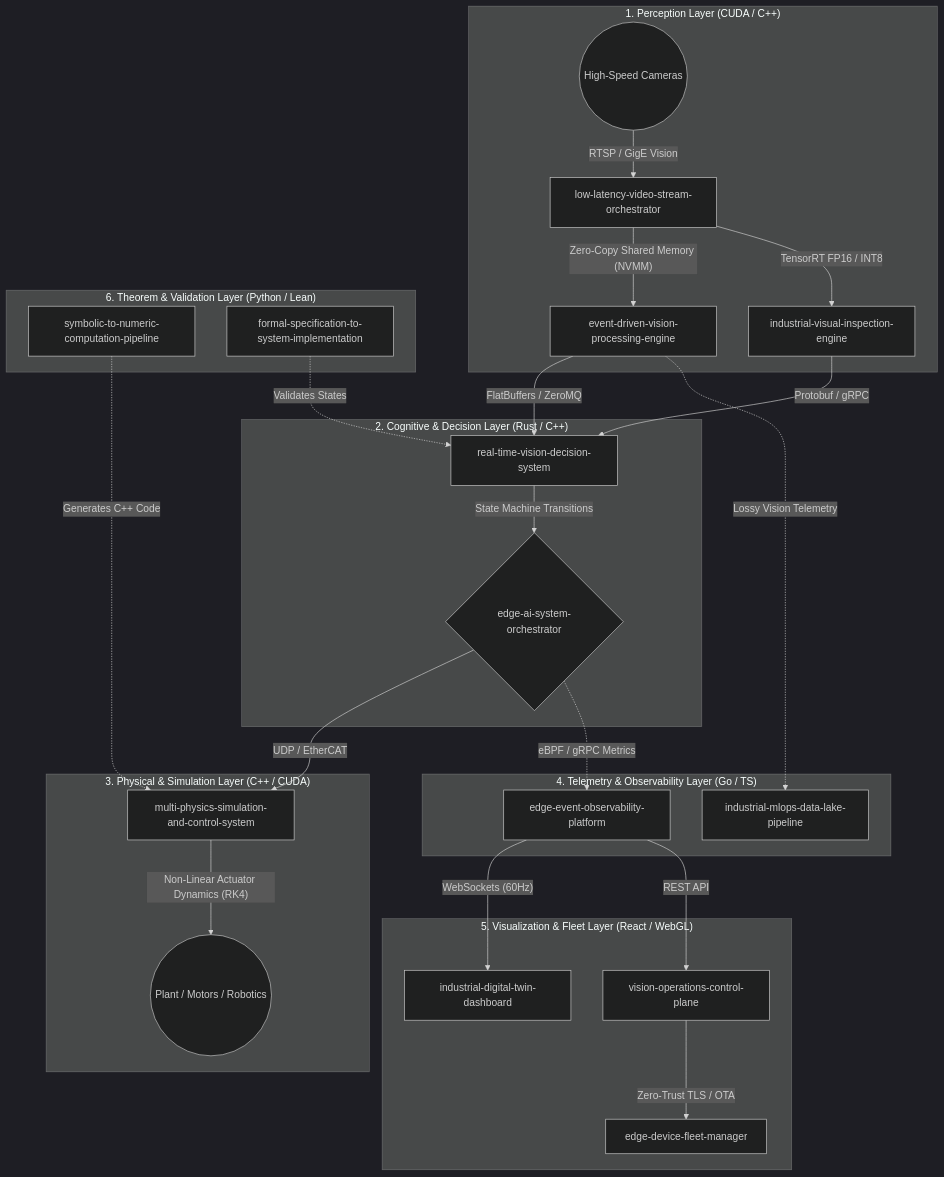
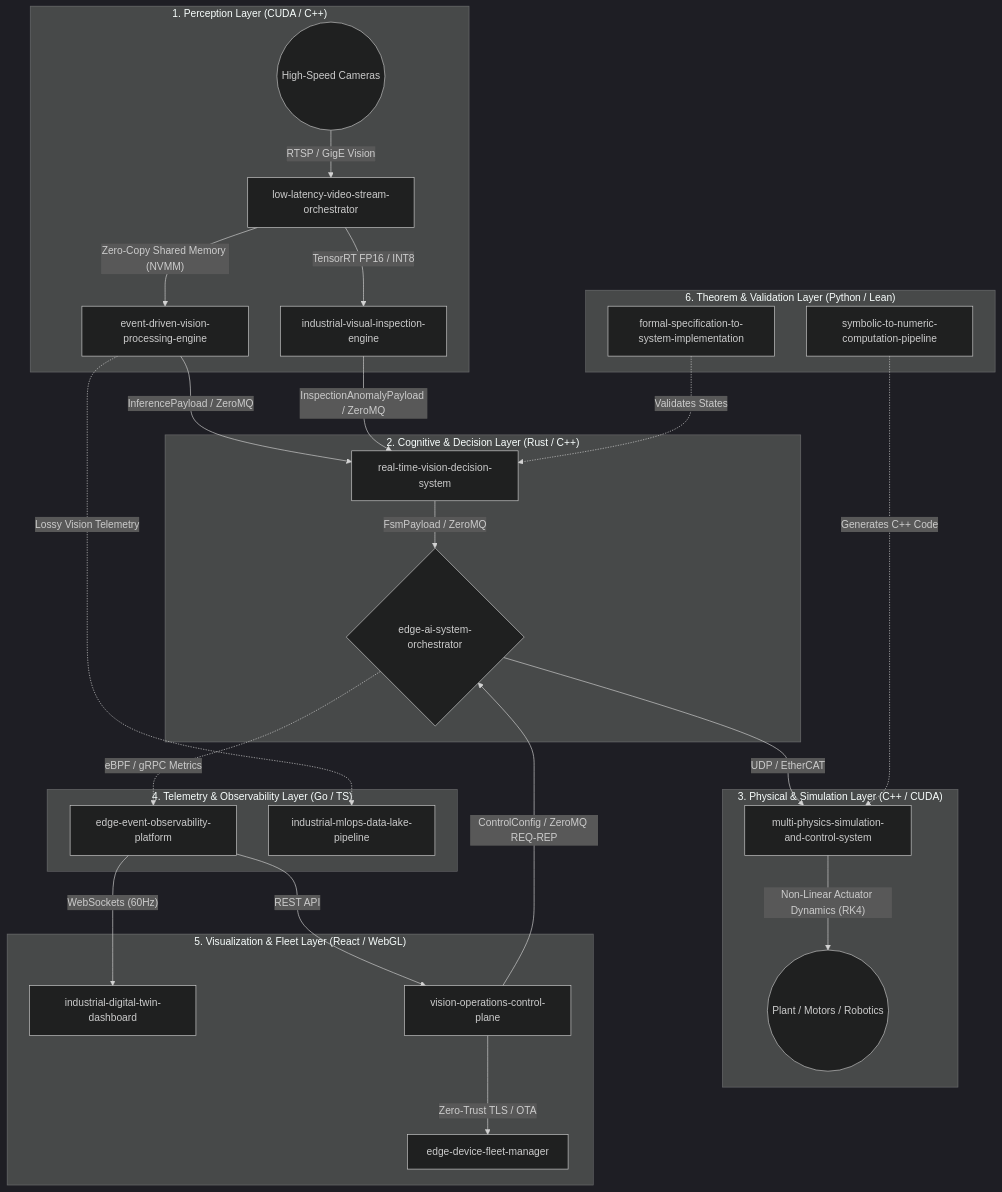
One commit to Industrial-Edge-Labs/docs-Industrial-Edge-Labs changed the diagram in ARCHITECTURE.md. Above: the diagram before and after it, drawn with Mermaid (dark theme). The commit also changed other lines of this file and 3 other files, not shown here.

````diff
--- a/ARCHITECTURE.md
+++ b/ARCHITECTURE.md
@@ -9,35 +9,36 @@
 ```mermaid
 flowchart TD
     subgraph SENSE ["1. Perception Layer (CUDA / C++)"]
         CAM((High-Speed Cameras)) -- "RTSP / GigE Vision" --> LVO[low-latency-video-stream-orchestrator]
         LVO -- "Zero-Copy Shared Memory (NVMM)" --> VPE[event-driven-vision-processing-engine]
         LVO -- "TensorRT FP16 / INT8" --> VIE[industrial-visual-inspection-engine]
     end
 
     subgraph INFER ["2. Cognitive & Decision Layer (Rust / C++)"]
-        VPE -- "FlatBuffers / ZeroMQ" --> RTD[real-time-vision-decision-system]
-        VIE -- "Protobuf / gRPC" --> RTD
-        RTD -- "State Machine Transitions" --> ORCH{edge-ai-system-orchestrator}
+        VPE -- "InferencePayload / ZeroMQ" --> RTD[real-time-vision-decision-system]
+        VIE -- "InspectionAnomalyPayload / ZeroMQ" --> RTD
+        RTD -- "FsmPayload / ZeroMQ" --> ORCH{edge-ai-system-orchestrator}
     end
 
     subgraph ACT_SIM ["3. Physical & Simulation Layer (C++ / CUDA)"]
         ORCH -- "UDP / EtherCAT" --> HIL[multi-physics-simulation-and-control-system]
         HIL -- "Non-Linear Actuator Dynamics (RK4)" --> PhysicalPlant((Plant / Motors / Robotics))
     end
 
     subgraph OBSERVE ["4. Telemetry & Observability Layer (Go / TS)"]
         ORCH -. "eBPF / gRPC Metrics" .-> EOP[edge-event-observability-platform]
         VPE -. "Lossy Vision Telemetry" .-> MLOPS[industrial-mlops-data-lake-pipeline]
     end
 
     subgraph CONTROL_PLANE ["5. Visualization & Fleet Layer (React / WebGL)"]
         EOP -- "WebSockets (60Hz)" --> TWIN[industrial-digital-twin-dashboard]
         EOP -- "REST API" --> VOCP[vision-operations-control-plane]
+        VOCP -- "ControlConfig / ZeroMQ REQ-REP" --> ORCH
         VOCP -- "Zero-Trust TLS / OTA" --> FLEET[edge-device-fleet-manager]
     end
     
     subgraph THEORY ["6. Theorem & Validation Layer (Python / Lean)"]
         SYM[symbolic-to-numeric-computation-pipeline] -. "Generates C++ Code" .-> HIL
         FORMAL[formal-specification-to-system-implementation] -. "Validates States" .-> RTD
     end
 ```
````
